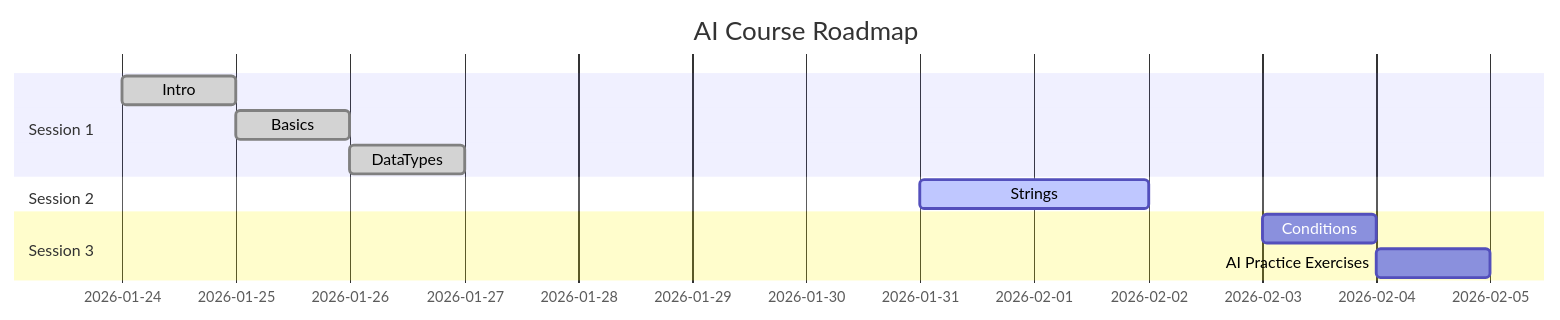
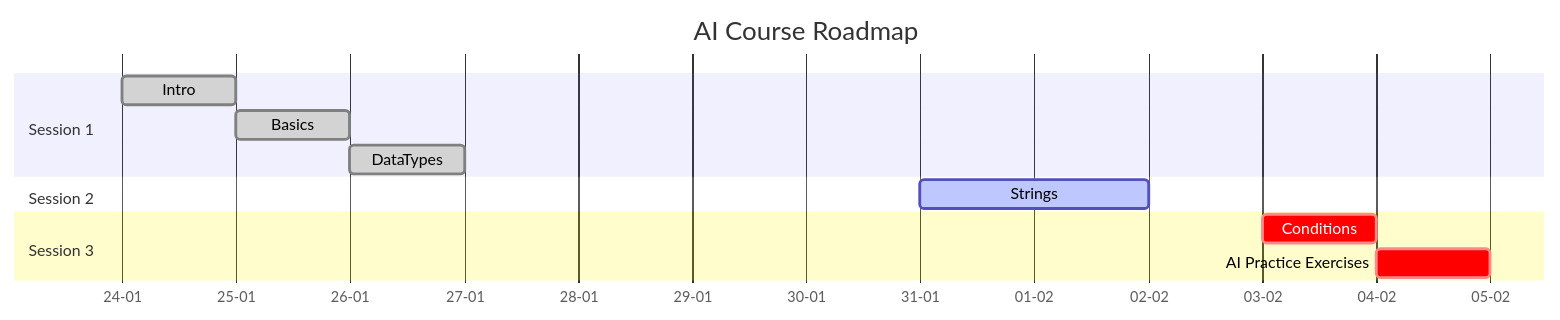
One commit to AhmedSaad332/AI-Course changed the diagram in README.md. Above: the diagram before and after it, drawn with Mermaid. The commit also changed other lines of this file, not shown here.

`````diff
--- a/README.md
+++ b/README.md
@@ -11,17 +11,21 @@
 ```mermaid
 gantt
     title AI Course Roadmap
     dateFormat  YYYY-MM-DD
+    axisFormat  %d-%m
 
+    %% Session 1: Completed (Green)
     section Session 1
     Intro                    :done, 2026-01-24, 1d
     Basics                   :done, 2026-01-25, 1d
     DataTypes                :done, 2026-01-26, 1d
 
+    %% Session 2: In Progress (Yellow)
     section Session 2
     Strings                  :active, 2026-01-31, 2d
 
+    %% Session 3: Pending (Grey)
     section Session 3
-    Conditions               : 2026-02-03, 1d
-    AI Practice Exercises    : 2026-02-04, 1d
+    Conditions               :crit, 2026-02-03, 1d
+    AI Practice Exercises    :crit, 2026-02-04, 1d
 ````
`````
